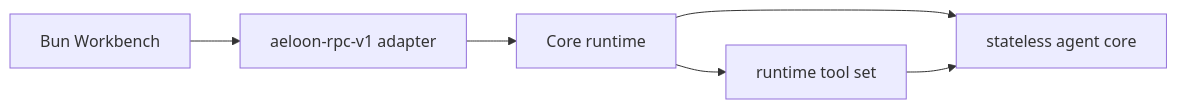
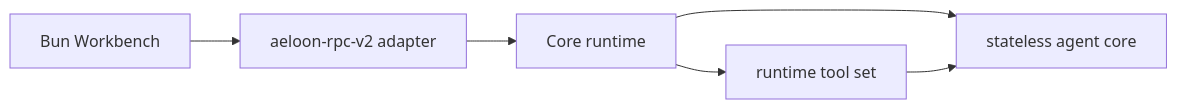
Before and after one commit to AetherHeart-AI/Aeloon-runtime: the diagram in docs/architecture.md, drawn with Mermaid. The commit also changed other lines of this file and 8 other files, not shown here.

````diff
--- a/docs/architecture.md
+++ b/docs/architecture.md
@@ -6,8 +6,8 @@
 ```mermaid
 flowchart LR
-    Workbench["Bun Workbench"] --> RPC["aeloon-rpc-v1 adapter"]
+    Workbench["Bun Workbench"] --> RPC["aeloon-rpc-v2 adapter"]
     RPC --> Runtime["Core runtime"]
     Runtime --> Agent["stateless agent core"]
     Runtime --> Tools["runtime tool set"]
     Tools --> Agent
 ```
````
